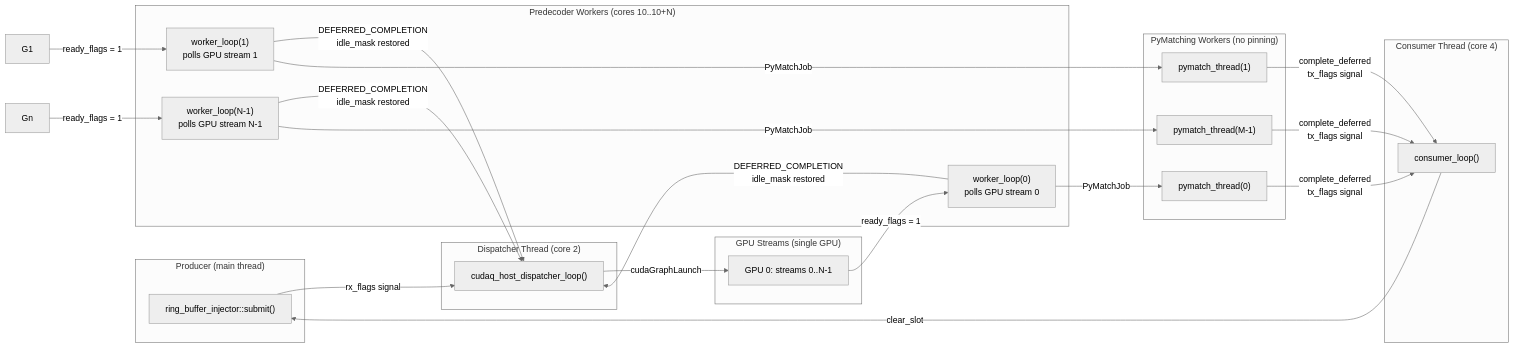
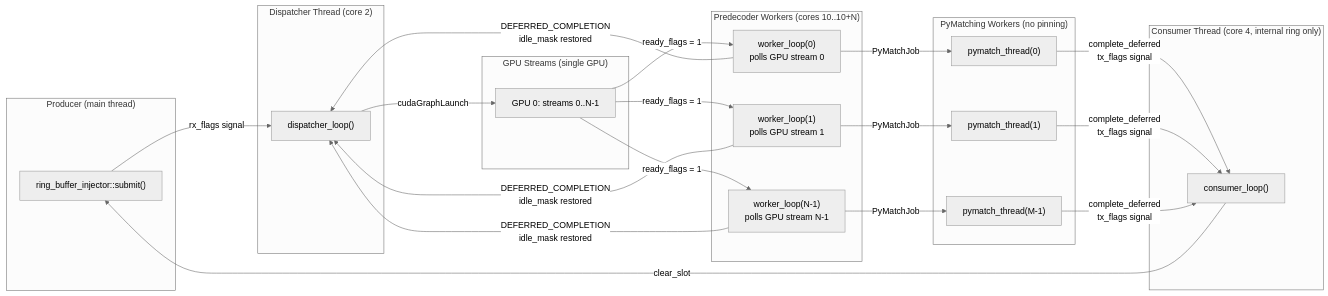
The second of 8 diagrams in libs/qec/lib/realtime/realtime_pipeline_architecture.md (NVIDIA/cudaq-qec), drawn with Mermaid (neutral theme) before and after one commit. The commit also changed other lines of this file and 16 other files, not shown here.

````diff
--- a/libs/qec/lib/realtime/realtime_pipeline_architecture.md
+++ b/libs/qec/lib/realtime/realtime_pipeline_architecture.md
@@ -79,46 +91,46 @@
 ```mermaid
 flowchart LR
     subgraph "Producer (main thread)"
         P["ring_buffer_injector::submit()"]
     end
 
     subgraph "Dispatcher Thread (core 2)"
-        D["cudaq_host_dispatcher_loop()"]
+        D["dispatcher_loop()"]
     end
 
     subgraph "Predecoder Workers (cores 10..10+N)"
         W0["worker_loop(0)<br>polls GPU stream 0"]
         W1["worker_loop(1)<br>polls GPU stream 1"]
         Wn["worker_loop(N-1)<br>polls GPU stream N-1"]
     end
 
     subgraph "PyMatching Workers (no pinning)"
         PM0["pymatch_thread(0)"]
         PM1["pymatch_thread(1)"]
         PMn["pymatch_thread(M-1)"]
     end
 
-    subgraph "Consumer Thread (core 4)"
+    subgraph "Consumer Thread (core 4, internal ring only)"
         C["consumer_loop()"]
     end
 
     subgraph "GPU Streams (single GPU)"
         G0["GPU 0: streams 0..N-1"]
     end
 
     P -->|"rx_flags signal"| D
     D -->|"cudaGraphLaunch"| G0
     G0 -->|"ready_flags = 1"| W0
-    G1 -->|"ready_flags = 1"| W1
-    Gn -->|"ready_flags = 1"| Wn
+    G0 -->|"ready_flags = 1"| W1
+    G0 -->|"ready_flags = 1"| Wn
     W0 -->|"DEFERRED_COMPLETION<br>idle_mask restored"| D
     W1 -->|"DEFERRED_COMPLETION<br>idle_mask restored"| D
     Wn -->|"DEFERRED_COMPLETION<br>idle_mask restored"| D
     W0 -->|"PyMatchJob"| PM0
     W1 -->|"PyMatchJob"| PM1
     Wn -->|"PyMatchJob"| PMn
     PM0 -->|"complete_deferred<br>tx_flags signal"| C
     PM1 -->|"complete_deferred<br>tx_flags signal"| C
     PMn -->|"complete_deferred<br>tx_flags signal"| C
     C -->|"clear_slot"| P
 ```
````
